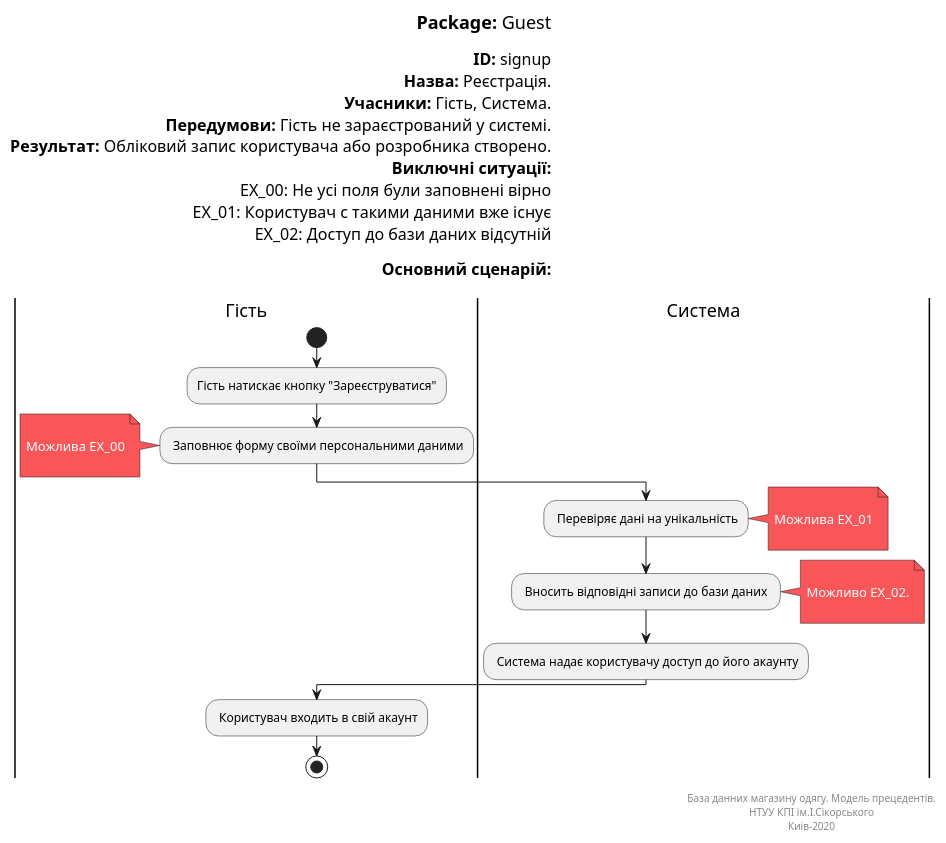
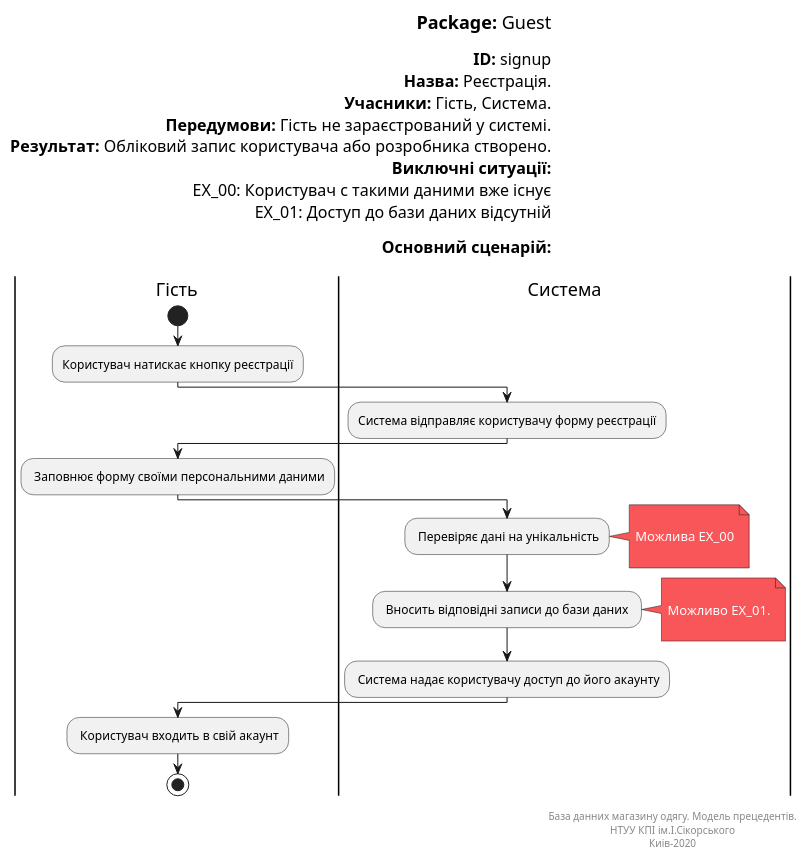
One commit to kirilinsane/Team2 changed the diagram in Doc/UMLdiagrams/scenarios/guest/Diagrams/UML/UC1.pu. Above: the diagram before and after it, drawn with PlantUML. The commit also changed 5 other files, not shown here.

```diff
--- a/Doc/UMLdiagrams/scenarios/guest/Diagrams/UML/UC1.pu
+++ b/Doc/UMLdiagrams/scenarios/guest/Diagrams/UML/UC1.pu
@@ -1,66 +1,66 @@
 @startuml
 skinparam	shadowing false
 skinparam Note {
 	BackgroundColor #f85658
 	FontColor #ffffff
 }
 
 left header
 <font color=000 size=18><b>Package:</b> Guest
 
 <font color=000 size=16><b>ID:</b> signup
 <font color=000 size=16><b>Назва:</b> Реєстрація.
 <font color=000 size=16><b>Учасники:</b> Гість, Система.
 <font color=000 size=16><b>Передумови:</b> Гість не зараєстрований у системі.
 <font color=000 size=16><b>Результат:</b> Обліковий запис користувача або розробника створено.
 <font color=000 size=16><b>Виключні ситуації:</b>
-<font color=000 size=16> EX_00: Не усі поля були заповнені вірно
-<font color=000 size=16> EX_01: Користувач с такими даними вже існує
-<font color=000 size=16> EX_02: Доступ до бази даних відсутній
+<font color=000 size=16> EX_00: Користувач с такими даними вже існує
+<font color=000 size=16> EX_01: Доступ до бази даних відсутній
 
 <font color=000 size=16><b>Основний сценарій:</b>
 
 end header
 
 |Гість|
 start
-:Гість натискає кнопку "Зареєструватися";
+:Користувач натискає кнопку реєстрації;
 
+|Система|
+:Система відправляє користувачу форму реєстрації;
+
+
+|Гість|
 : Заповнює форму своїми персональними даними;
-note left
 
-	Можлива EX_00
-
-end note
 
 |Система|
 
 : Перевіряє дані на унікальність;
 
 note right
 
-	Можлива EX_01
+	Можлива EX_00
 
 end note
 
 : Вносить відповідні записи до бази даних ;
 note right
 
-Можливо EX_02.
+Можливо EX_01.
 
 end note
 
 : Система надає користувачу доступ до його акаунту;
 
 |Гість|
 : Користувач входить в свій акаунт;
 
 stop;
 
 right footer
 
 База данних магазину одягу. Модель прецедентів.
 НТУУ КПІ ім.І.Сікорського
 Киів-2020
 end footer
 @enduml
```
